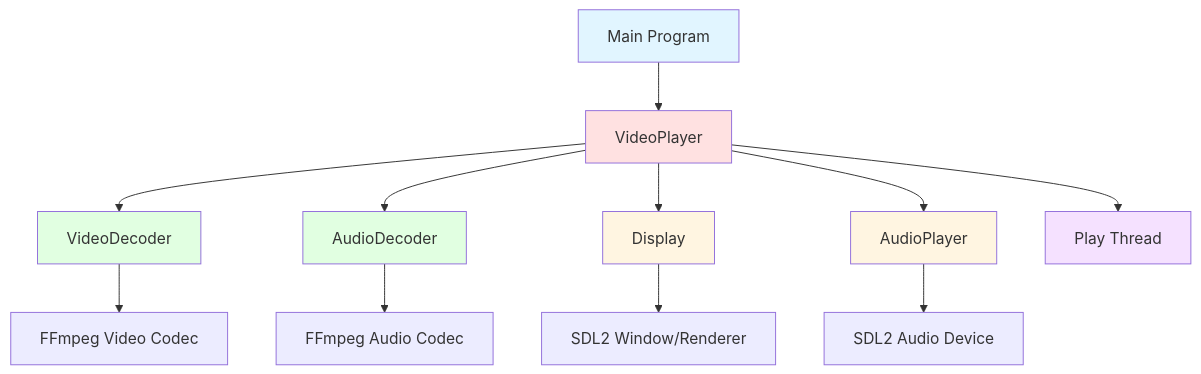
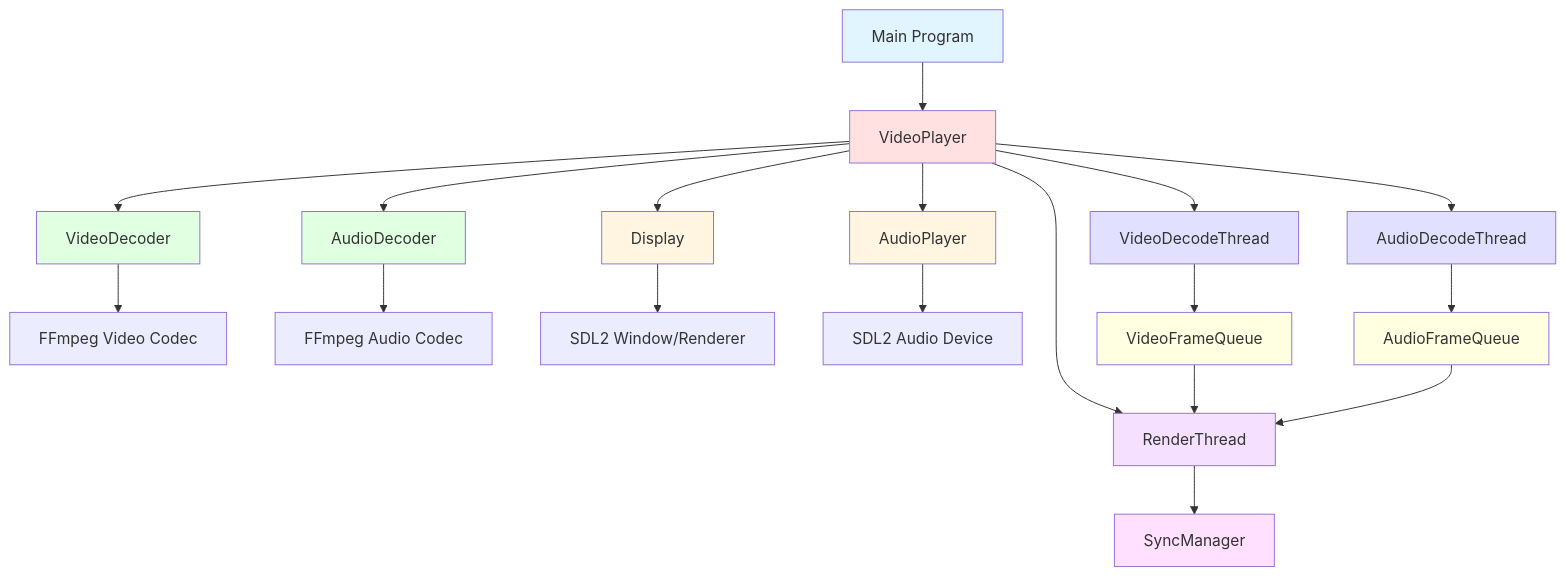
The first of 6 diagrams in docs/ARCHITECTURE.md (DISLIKELIKE/modern-video-player), drawn with Mermaid before and after one commit. The commit also changed other lines of this file and 15 other files, not shown here.

````diff
--- a/docs/ARCHITECTURE.md
+++ b/docs/ARCHITECTURE.md
@@ -17,23 +17,37 @@
 ```mermaid
 graph TB
     A[Main Program] --> B[VideoPlayer]
     B --> C[VideoDecoder]
     B --> D[AudioDecoder]
     B --> E[Display]
     B --> F[AudioPlayer]
     
     C --> G[FFmpeg Video Codec]
     D --> H[FFmpeg Audio Codec]
     E --> I[SDL2 Window/Renderer]
     F --> J[SDL2 Audio Device]
     
-    B --> K[Play Thread]
+    B --> K[RenderThread]
+    B --> L[VideoDecodeThread]
+    B --> M[AudioDecodeThread]
+    
+    L --> N[VideoFrameQueue]
+    M --> O[AudioFrameQueue]
+    N --> K
+    O --> K
+    
+    K --> P[SyncManager]
     
     style A fill:#e1f5ff
     style B fill:#ffe1e1
     style C fill:#e1ffe1
     style D fill:#e1ffe1
     style E fill:#fff5e1
     style F fill:#fff5e1
     style K fill:#f5e1ff
+    style L fill:#e1e1ff
+    style M fill:#e1e1ff
+    style N fill:#ffffe1
+    style O fill:#ffffe1
+    style P fill:#ffe1ff
 ```
````
